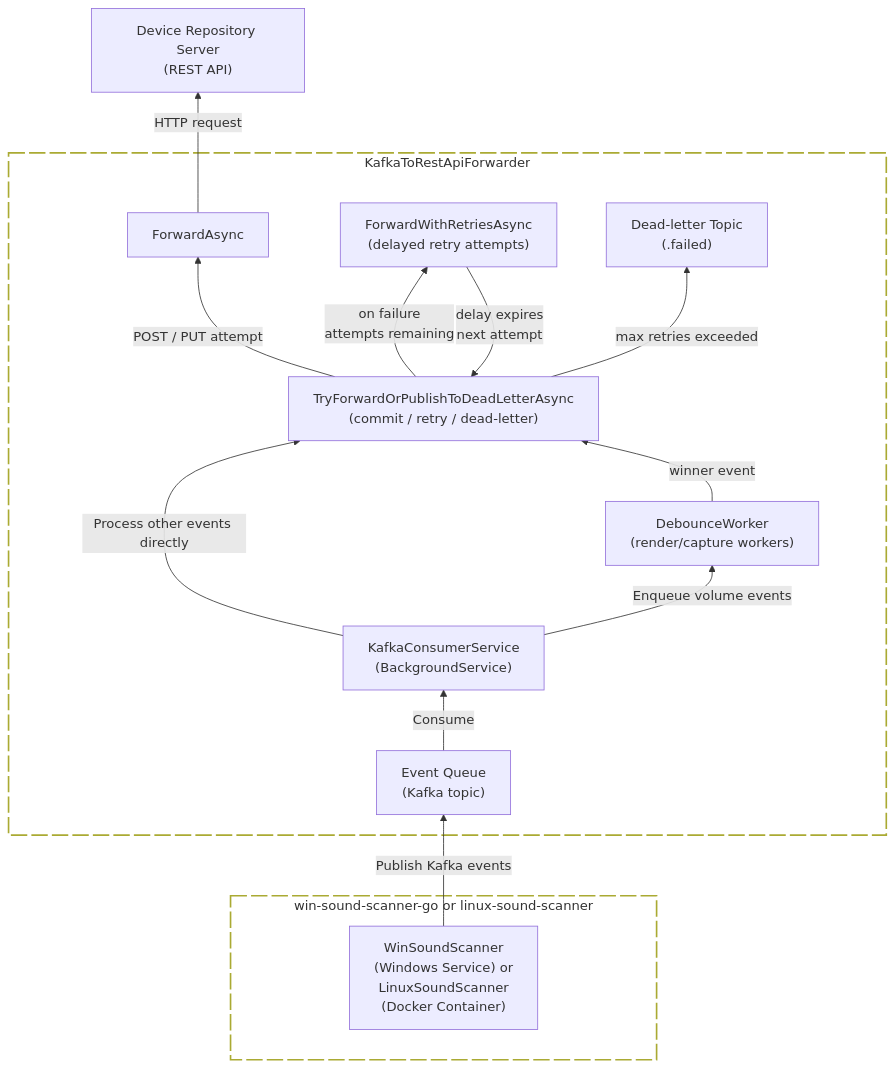
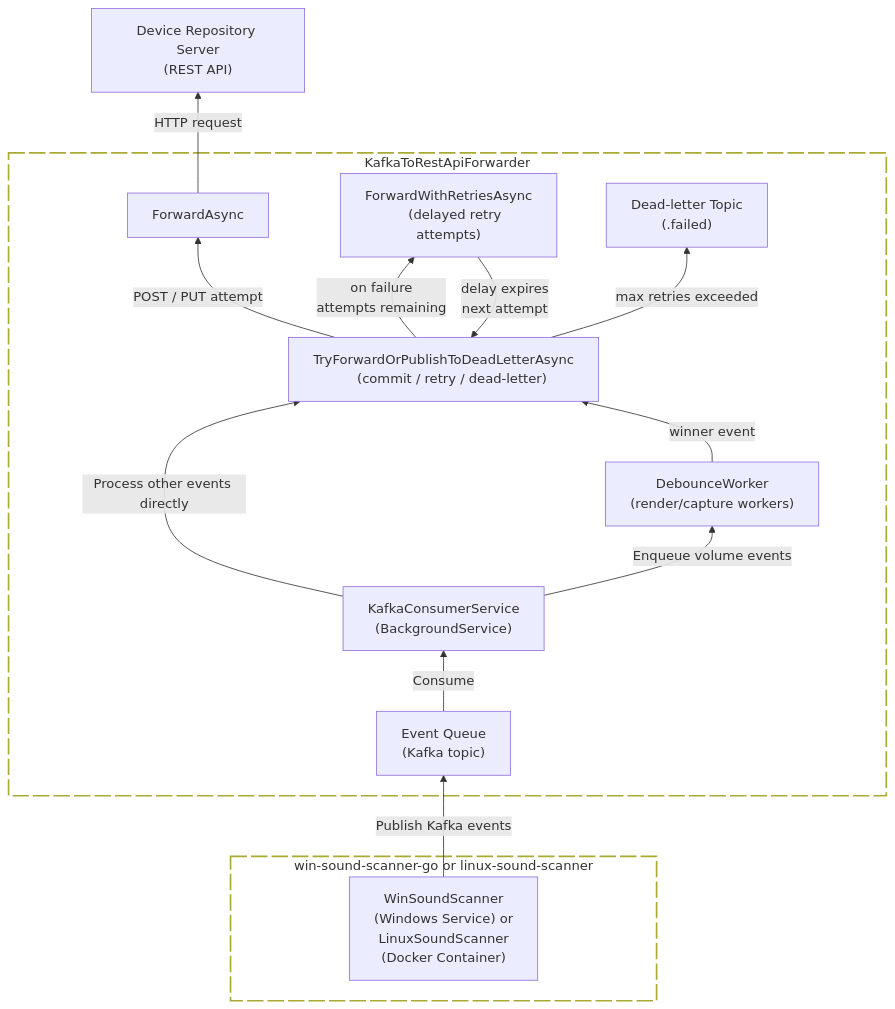
The second of 2 diagrams in README.md (collect-sound-devices/kafka-to-rest-api-forwarder), drawn with Mermaid before and after one commit. The commit also changed other lines of this file, not shown here.

Commit message:
diagrams corrected

````diff
--- a/README.md
+++ b/README.md
@@ -86,45 +97,76 @@
 ```mermaid
 flowchart BT
 
 classDef invisibleNode fill:transparent,stroke:transparent;
 classDef dottedBox fill:transparent,fill-opacity:0.55, stroke-dasharray:20 5,stroke-width:2px;
 
 subgraph scannerService["win-sound-scanner-go or linux-sound-scanner"]
-    invisible1["<br><br><br><br><br>"]
+    invisible1["
+    
+    
+    
+    
+    "]
     class invisible1 invisibleNode
-    A["WinSoundScanner<br>(Windows Service) or<br>LinuxSoundScanner<br>(Docker Container)"]
-    invisible2["<br><br><br><br><br>"]
+    A["WinSoundScanner
+    (Windows Service) or
+    LinuxSoundScanner
+    (Docker Container)"]
+    invisible2["
+    
+    
+    
+    
+    "]
     class invisible2 invisibleNode
 end
 class scannerService dottedBox
 
 
 subgraph forwarder["KafkaToRestApiForwarder"]
-    invisible3["<br><br><br><br><br>"]
+    invisible3["
+    
+    
+    
+    
+    "]
     class invisible3 invisibleNode
-    B["Event Queue<br>(Kafka topic)"]
-    C["KafkaConsumerService<br>(BackgroundService)"]
-    D["DebounceWorker<br>(render/capture workers)"]
-    F["TryForwardOrPublishToDeadLetterAsync<br>(commit / retry / dead-letter)"]
+    B["Event Queue
+    (Kafka topic)"]
+    C["KafkaConsumerService
+    (BackgroundService)"]
+    D["DebounceWorker
+    (render/capture workers)"]
+    F["TryForwardOrPublishToDeadLetterAsync
+    (commit / retry / dead-letter)"]
     E["ForwardAsync"]
-    G["ForwardWithRetriesAsync<br>(delayed retry attempts)"]
-    H["Dead-letter Topic<br>(.failed)"]
-    invisible4["<br><br><br><br><br>"]
+    G["ForwardWithRetriesAsync
+    (delayed retry attempts)"]
+    H["Dead-letter Topic
+    (.failed)"]
+    invisible4["
+    
+    
+    
+    
+    "]
     class invisible4 invisibleNode
 end
 class forwarder dottedBox
 
 
-deviceRepositoryApi["Device Repository Server<br>(REST API)"]
+deviceRepositoryApi["Device Repository Server
+(REST API)"]
 
-    A -->|"Publish Kafka events"| B
-    B -->|"Consume"| C
-    C -->|"Enqueue volume events"| D
-    C -->|"Process other events directly"| F
-    D -->|"winner event"| F
-    F -->|"POST / PUT attempt"| E
-    E -->|"HTTP request"| deviceRepositoryApi
-    F -->|"on failure<br>attempts remaining"| G
-    G -->|"delay expires<br>next attempt"| F
-    F -->|"max retries exceeded"| H
+A -->|"Publish Kafka events"| B
+B -->|"Consume"| C
+C -->|"Enqueue volume events"| D
+C -->|"Process other events directly"| F
+D -->|"winner event"| F
+F -->|"POST / PUT attempt"| E
+E -->|"HTTP request"| deviceRepositoryApi
+F -->|"on failure<br>attempts remaining"| G
+G -->|"delay expires<br>next attempt"| F
+F -->|"max retries exceeded"| H
+
 ```
````
